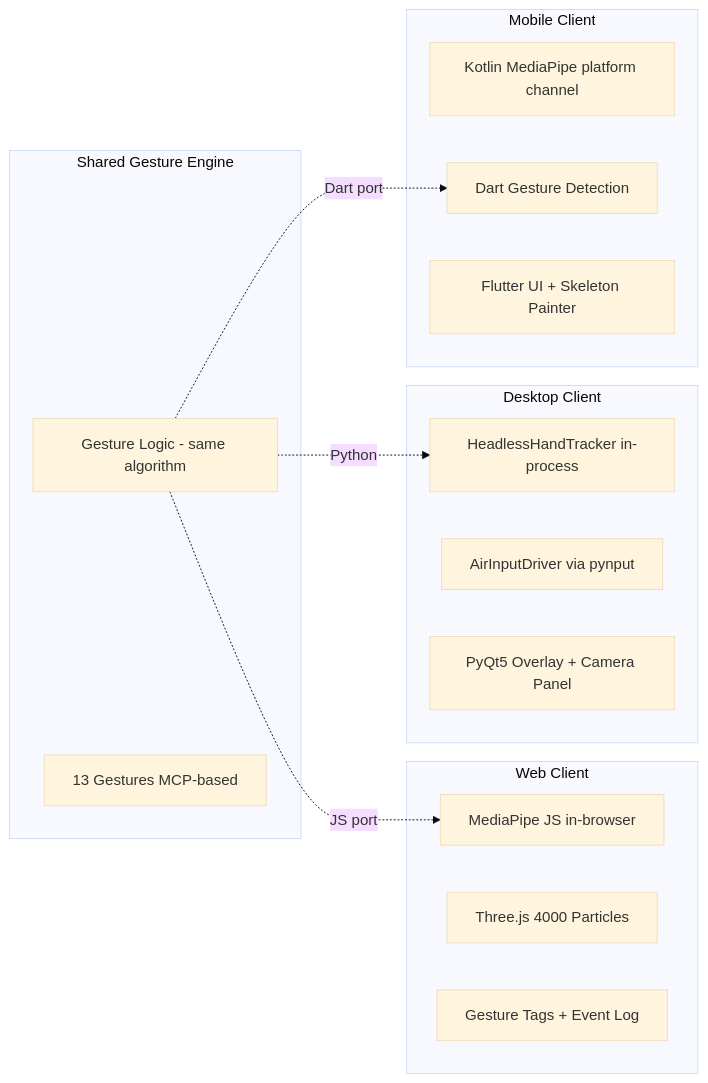
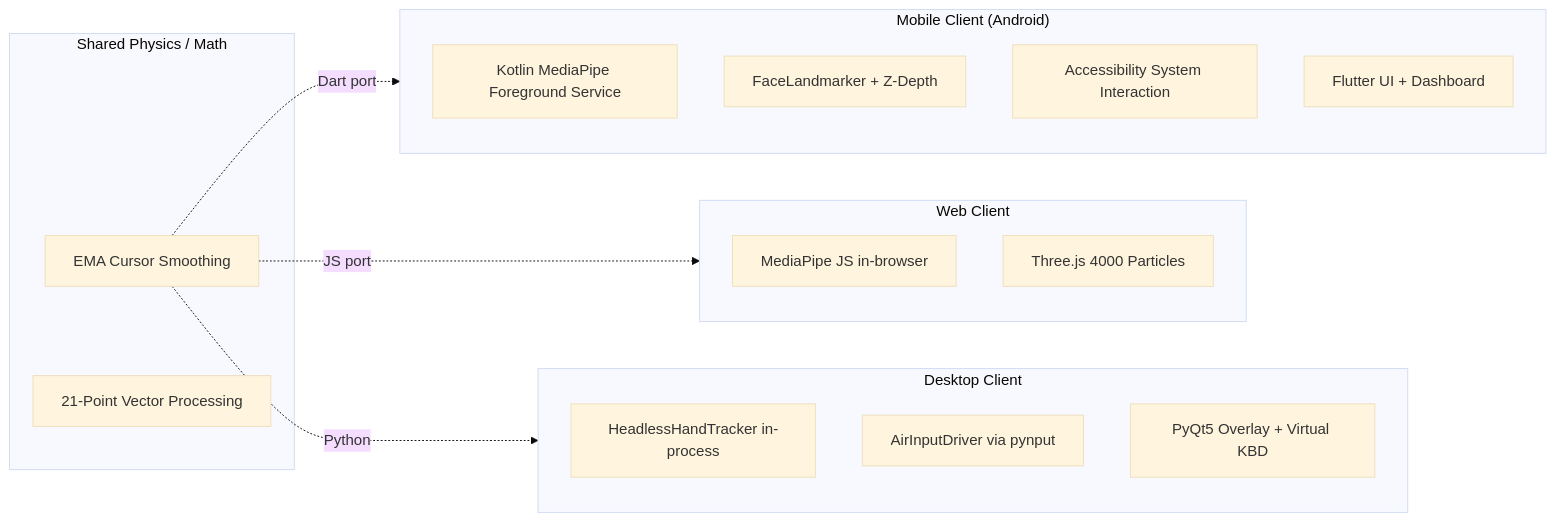
Before and after one commit to RajTewari01/Spatial_tracer: the fourth of 6 diagrams in README.md, drawn with Mermaid (base theme). The commit also changed other lines of this file and 1 other file, not shown here.

Commit message:
docs: Updated Mermaid flows to render correctly on GitHub and added comprehensive mobile-client README

````diff
--- a/README.md
+++ b/README.md
@@ -206,29 +212,29 @@
 ```mermaid
-graph LR
+flowchart LR
     subgraph Web["Web Client"]
         W1["MediaPipe JS in-browser"]
         W2["Three.js 4000 Particles"]
-        W3["Gesture Tags + Event Log"]
     end
 
     subgraph Desktop["Desktop Client"]
         D1["HeadlessHandTracker in-process"]
         D2["AirInputDriver via pynput"]
-        D3["PyQt5 Overlay + Camera Panel"]
+        D3["PyQt5 Overlay + Virtual KBD"]
     end
 
-    subgraph Mobile["Mobile Client"]
-        M1["Kotlin MediaPipe platform channel"]
-        M2["Dart Gesture Detection"]
-        M3["Flutter UI + Skeleton Painter"]
+    subgraph Mobile["Mobile Client (Android)"]
+        M1["Kotlin MediaPipe Foreground Service"]
+        M4["FaceLandmarker + Z-Depth"]
+        M2["Accessibility System Interaction"]
+        M3["Flutter UI + Dashboard"]
     end
 
-    subgraph Shared["Shared Gesture Engine"]
-        S1["Gesture Logic - same algorithm"]
-        S2["13 Gestures MCP-based"]
+    subgraph Shared["Shared Physics / Math"]
+        S1["EMA Cursor Smoothing"]
+        S2["21-Point Vector Processing"]
     end
 
-    S1 -.->|"Dart port"| M2
-    S1 -.->|"JS port"| W1
-    S1 -.->|"Python"| D1
+    S1 -.->|"Dart port"| Mobile
+    S1 -.->|"JS port"| Web
+    S1 -.->|"Python"| Desktop
 ```
````
